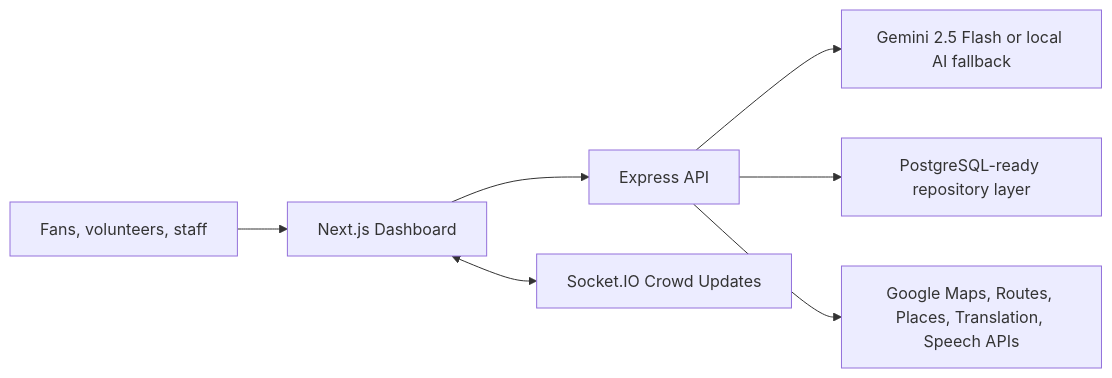
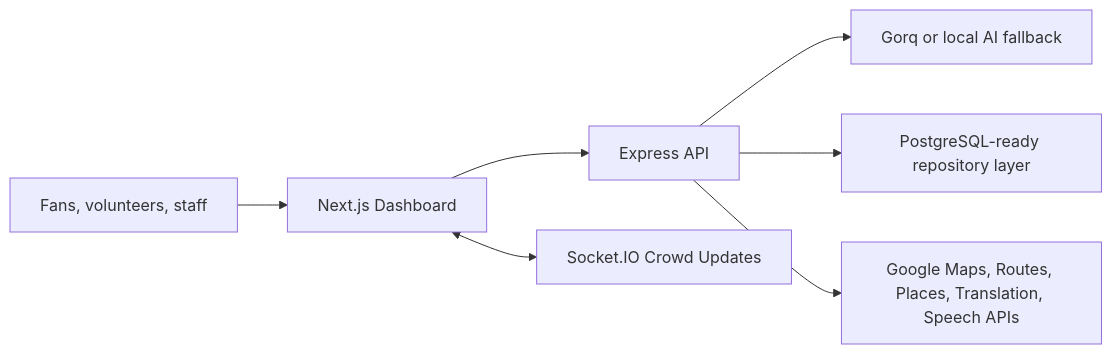
Before and after one commit to Chandan1303/challenge-4: the diagram in README.md, drawn with Mermaid.

````diff
--- a/README.md
+++ b/README.md
@@ -9,9 +9,9 @@
 ```mermaid
 flowchart LR
   Fan["Fans, volunteers, staff"] --> UI["Next.js Dashboard"]
   UI --> API["Express API"]
   UI <--> Socket["Socket.IO Crowd Updates"]
-  API --> AI["Gemini 2.5 Flash or local AI fallback"]
+  API --> AI["Gorq or local AI fallback"]
   API --> Data["PostgreSQL-ready repository layer"]
   API --> Maps["Google Maps, Routes, Places, Translation, Speech APIs"]
 ```
````
